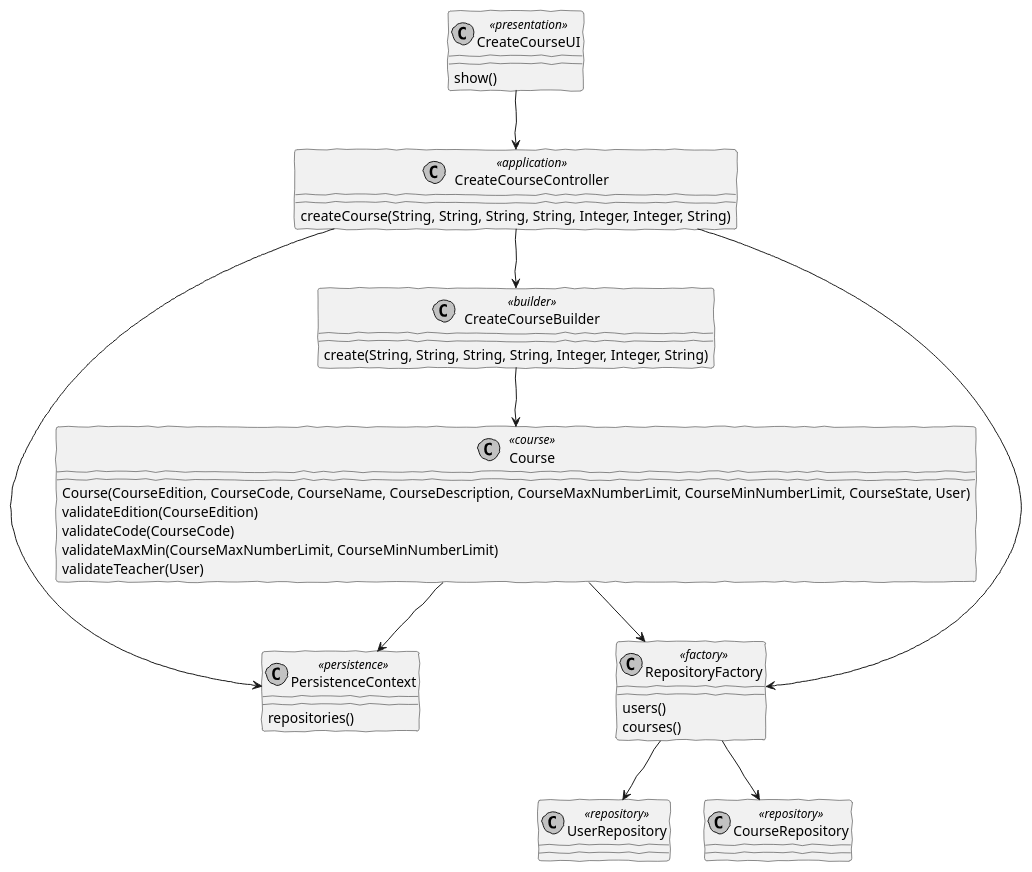
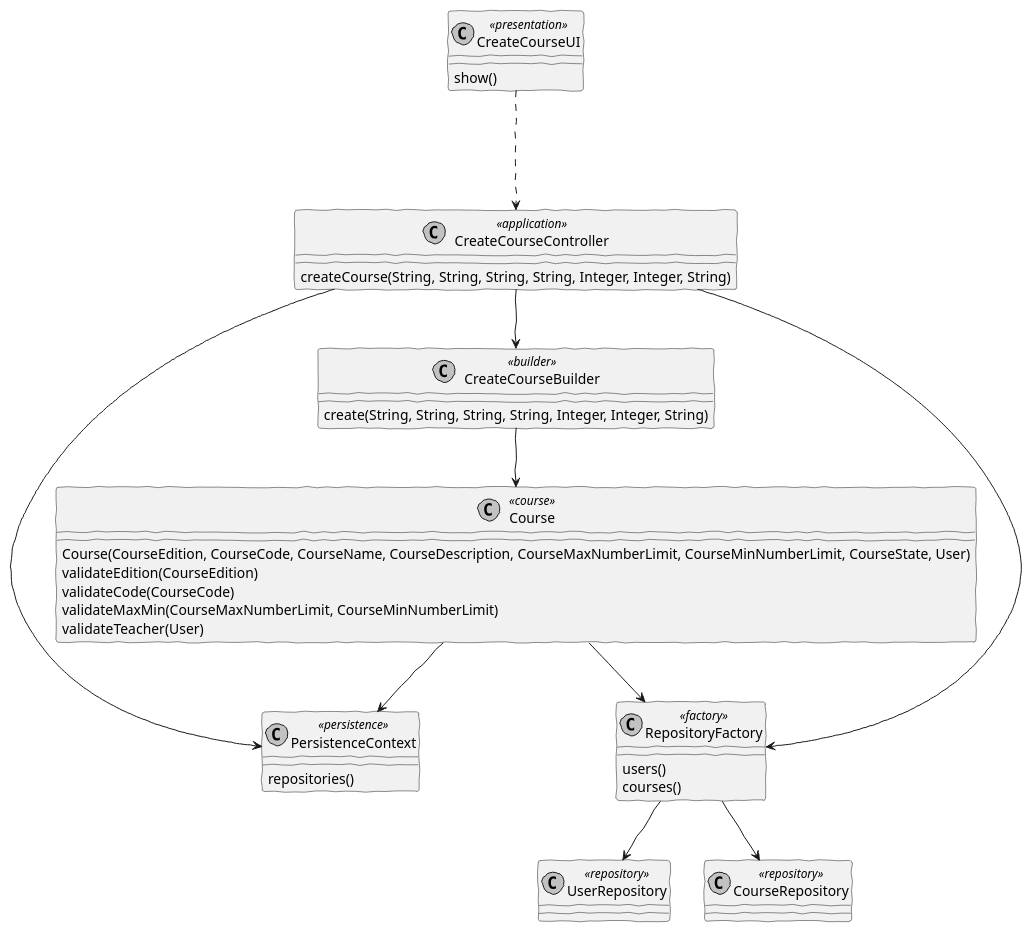
One commit to brunacosta03/sem4pi_22_23 changed the diagram in docs/SPRINT B/US_1002.md/CD/CD.puml. Above: the diagram before and after it, drawn with PlantUML. The commit also changed 1 other file, not shown here.

```diff
--- a/docs/SPRINT B/US_1002.md/CD/CD.puml
+++ b/docs/SPRINT B/US_1002.md/CD/CD.puml
@@ -1,61 +1,61 @@
 @startuml
 'https://plantuml.com/class-diagram
 
 skinparam handwritten true
 skinparam monochrome true
 skinparam packageStyle rect
 skinparam defaultFontName FG Virgil
 skinparam shadowing false
 
 class CreateCourseUI <<presentation>>
 class CreateCourseController<<application>>
 class CreateCourseBuilder<<builder>>
 class Course<<course>>
 class PersistenceContext<<persistence>>
 class RepositoryFactory<<factory>>
 class UserRepository <<repository>>
 class CourseRepository <<repository>>
 class Course <<course>>
 
 class CreateCourseUI{
 show()
 }
 
 class CreateCourseController{
 createCourse(String, String, String, String, Integer, Integer, String)
 }
 
 class CreateCourseBuilder{
 create(String, String, String, String, Integer, Integer, String)
 }
 
 class Course{
 Course(CourseEdition, CourseCode, CourseName, CourseDescription, CourseMaxNumberLimit, CourseMinNumberLimit, CourseState, User)
 validateEdition(CourseEdition)
 validateCode(CourseCode)
 validateMaxMin(CourseMaxNumberLimit, CourseMinNumberLimit)
 validateTeacher(User)
 }
 
 class PersistenceContext{
 repositories()
 }
 
 class RepositoryFactory{
 users()
 courses()
 }
-CreateCourseUI --> CreateCourseController
+CreateCourseUI -.-> CreateCourseController
 
 CreateCourseController --> CreateCourseBuilder
 CreateCourseController --> PersistenceContext
 CreateCourseController --> RepositoryFactory
 
 CreateCourseBuilder --> Course
 
 Course --> PersistenceContext
 Course --> RepositoryFactory
 
 RepositoryFactory --> UserRepository
 RepositoryFactory --> CourseRepository
 @enduml
```
